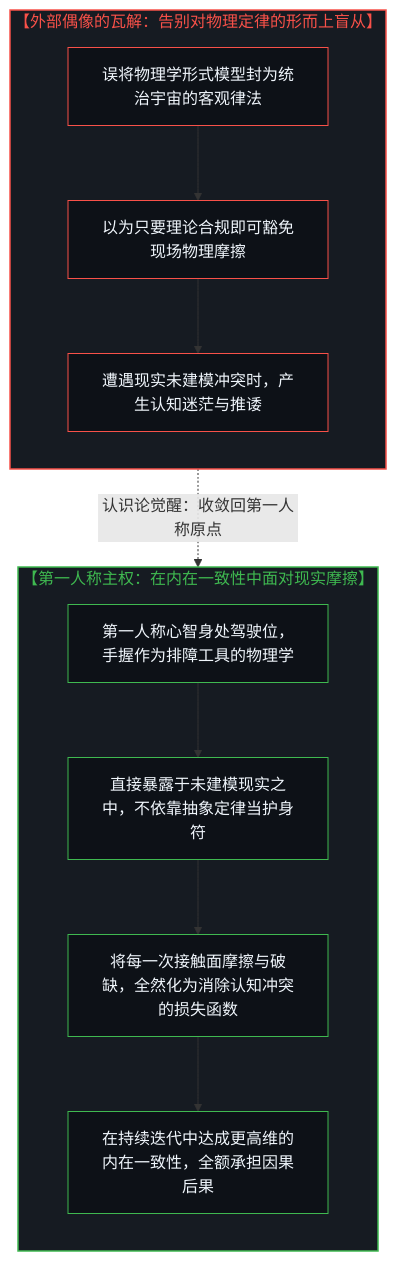
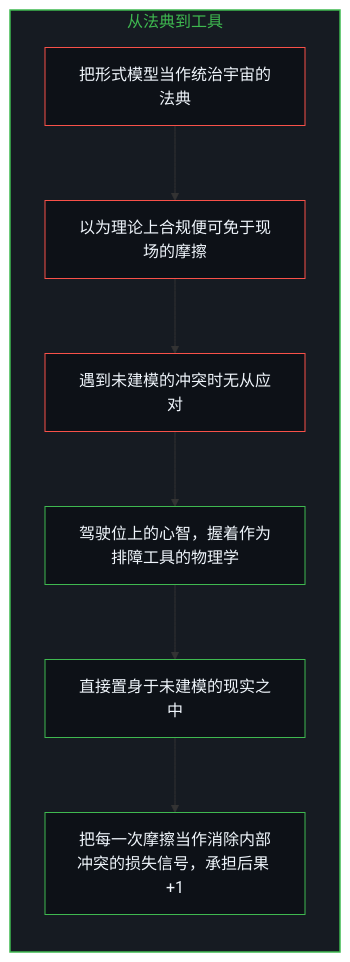
Before and after one commit to powerpig99/not-a-toe: the ninth of 10 diagrams in content/posts/the-sleight-of-hand-in-physics-is-the-law-and-the-friction-of-reality.md, drawn with Mermaid. The commit also changed other lines of this file and 2 other files, not shown here.

Commit message:
Refine the-sleight-of-hand-in-physics-is-the-law: alternating bilingual layout, five paired diagrams, the boundary of observation, implicit first person

````diff
--- a/content/posts/the-sleight-of-hand-in-physics-is-the-law-and-the-friction-of-reality.md
+++ b/content/posts/the-sleight-of-hand-in-physics-is-the-law-and-the-friction-of-reality.md
@@ -308,31 +267,25 @@
 ```mermaid
-graph TD
-    subgraph S_Idol["【外部偶像的瓦解：告别对物理定律的形而上盲从】"]
+flowchart TD
+    subgraph S_Seat["从法典到工具"]
         direction TB
-        I1["误将物理学形式模型封为统治宇宙的客观律法"]
-        I2["以为只要理论合规即可豁免现场物理摩擦"]
-        I3["遭遇现实未建模冲突时，产生认知迷茫与推诿"]
-        I1 --> I2 --> I3
+        Code["把形式模型当作统治宇宙的法典"]
+        Exempt["以为理论上合规便可免于现场的摩擦"]
+        Lost["遇到未建模的冲突时无从应对"]
+        Tool["驾驶位上的心智，握着作为排障工具的物理学"]
+        Expose["直接置身于未建模的现实之中"]
+        Cohere["把每一次摩擦当作消除内部冲突的损失信号，承担后果 +1"]
+        Code --> Exempt
+        Exempt --> Lost
+        Lost --> Tool
+        Tool --> Expose
+        Expose --> Cohere
     end
 
-    subgraph S_Sovereign["【第一人称主权：在内在一致性中面对现实摩擦】"]
-        direction TB
-        V1["第一人称心智身处驾驶位，手握作为排障工具的物理学"]
-        V2["直接暴露于未建模现实之中，不依靠抽象定律当护身符"]
-        V3["将每一次接触面摩擦与破缺，全然化为消除认知冲突的损失函数"]
-        V4["在持续迭代中达成更高维的内在一致性，全额承担因果后果"]
-        V1 --> V2 --> V3 --> V4
-    end
-
-    I3 -.->|"认识论觉醒：收敛回第一人称原点"| V1
-
-    style S_Idol fill:#161b22,stroke:#f85149,stroke-width:1.5px,color:#f85149
-    style S_Sovereign fill:#161b22,stroke:#3fb950,stroke-width:1.5px,color:#3fb950
-    style I1 fill:#0d1117,stroke:#f85149,stroke-width:1px,color:#f0f6fc
-    style I2 fill:#0d1117,stroke:#f85149,stroke-width:1px,color:#f0f6fc
-    style I3 fill:#0d1117,stroke:#f85149,stroke-width:1px,color:#f0f6fc
-    style V1 fill:#0d1117,stroke:#3fb950,stroke-width:1px,color:#f0f6fc
-    style V2 fill:#0d1117,stroke:#3fb950,stroke-width:1px,color:#f0f6fc
-    style V3 fill:#0d1117,stroke:#3fb950,stroke-width:1px,color:#f0f6fc
-    style V4 fill:#0d1117,stroke:#3fb950,stroke-width:1px,color:#f0f6fc
+    style S_Seat fill:#161b22,stroke:#3fb950,stroke-width:1.5px,color:#3fb950
+    style Code fill:#0d1117,stroke:#f85149,stroke-width:1px,color:#f0f6fc
+    style Exempt fill:#0d1117,stroke:#f85149,stroke-width:1px,color:#f0f6fc
+    style Lost fill:#0d1117,stroke:#f85149,stroke-width:1px,color:#f0f6fc
+    style Tool fill:#0d1117,stroke:#3fb950,stroke-width:1px,color:#f0f6fc
+    style Expose fill:#0d1117,stroke:#3fb950,stroke-width:1px,color:#f0f6fc
+    style Cohere fill:#0d1117,stroke:#3fb950,stroke-width:1px,color:#f0f6fc
 ```
````
